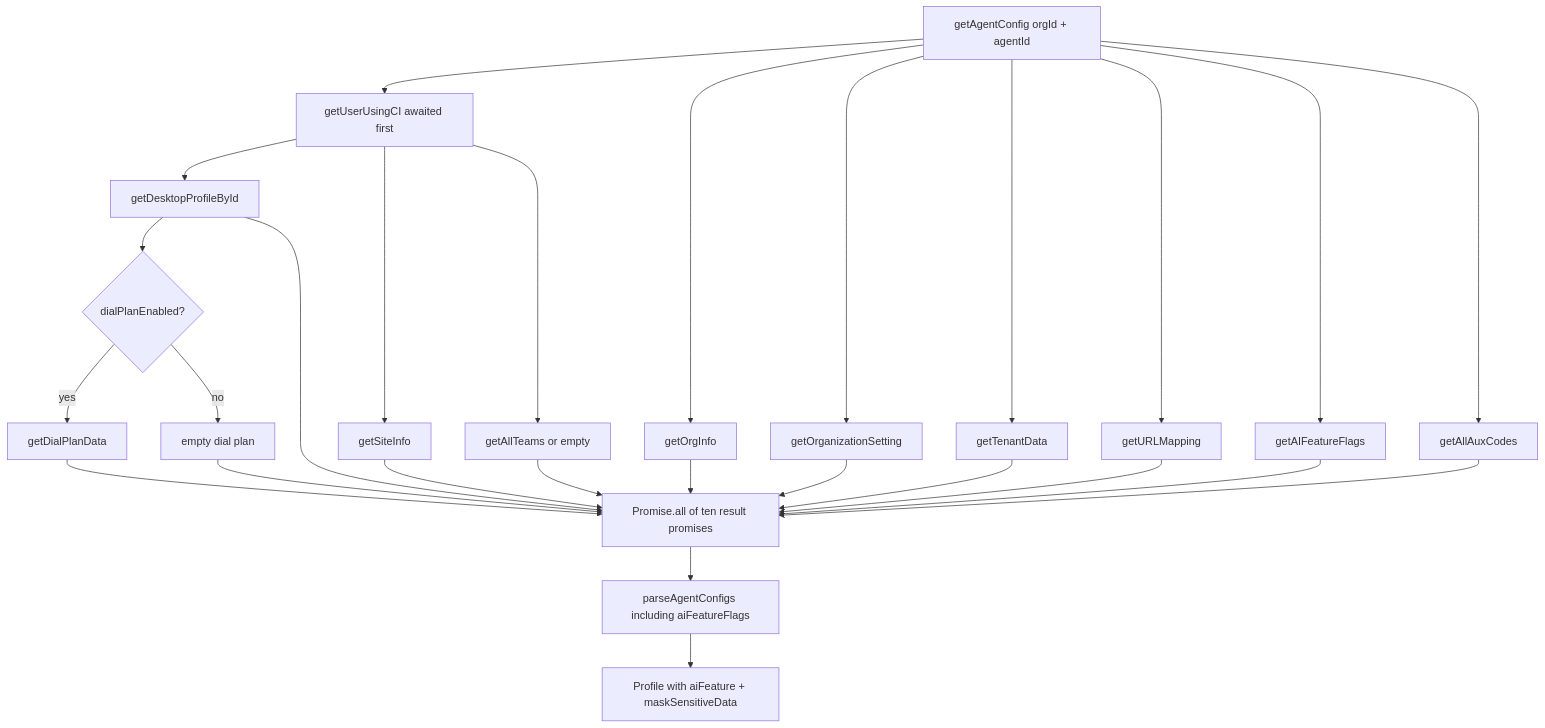
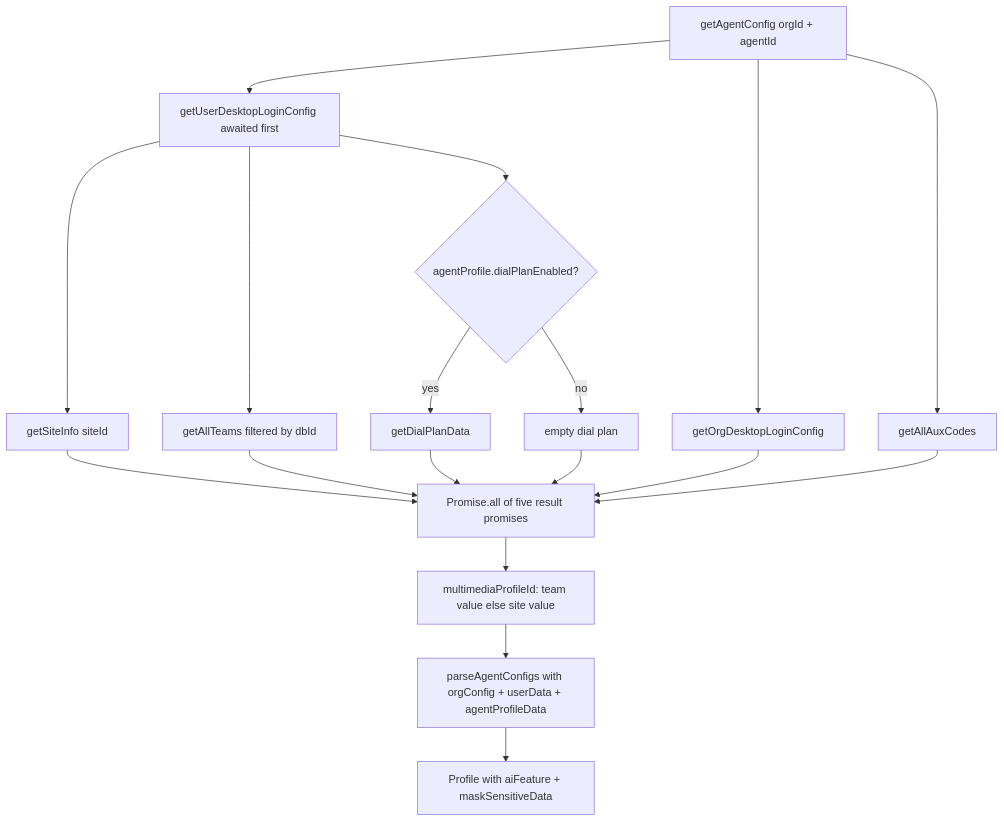
One commit to webex/webex-js-sdk changed the first of 4 diagrams in packages/@webex/contact-center/src/services/config/ai-docs/config-spec.md. Above: the diagram before and after it, drawn with Mermaid. The commit also changed other lines of this file and 12 other files, not shown here.

Commit message:
feat(contact-center): migrate agent config to desktop-login aggregate APIs

````diff
--- a/packages/@webex/contact-center/src/services/config/ai-docs/config-spec.md
+++ b/packages/@webex/contact-center/src/services/config/ai-docs/config-spec.md
@@ -333,29 +322,20 @@
 ```mermaid
 flowchart TD
-  Start[getAgentConfig orgId + agentId] --> User[getUserUsingCI awaited first]
-  Start --> Org[getOrgInfo]
-  Start --> OrgSettings[getOrganizationSetting]
-  Start --> Tenant[getTenantData]
-  Start --> URL[getURLMapping]
-  Start --> AI[getAIFeatureFlags]
+  Start[getAgentConfig orgId + agentId] --> User[getUserDesktopLoginConfig awaited first]
+  Start --> Org[getOrgDesktopLoginConfig]
   Start --> Aux[getAllAuxCodes]
-  User --> Profile[getDesktopProfileById]
-  User --> Site[getSiteInfo]
-  User --> Teams[getAllTeams or empty]
-  Profile --> Dial{dialPlanEnabled?}
+  User --> Site[getSiteInfo siteId]
+  User --> Teams[getAllTeams filtered by dbId]
+  User --> Dial{agentProfile.dialPlanEnabled?}
   Dial -->|yes| DialPlan[getDialPlanData]
   Dial -->|no| Empty[empty dial plan]
-  Profile --> All[Promise.all of ten result promises]
-  Site --> All
+  Site --> All[Promise.all of five result promises]
   Teams --> All
   DialPlan --> All
   Empty --> All
   Org --> All
-  OrgSettings --> All
-  Tenant --> All
-  URL --> All
-  AI --> All
   Aux --> All
-  All --> Parse[parseAgentConfigs including aiFeatureFlags]
+  All --> Mm[multimediaProfileId: team value else site value]
+  Mm --> Parse[parseAgentConfigs with orgConfig + userData + agentProfileData]
   Parse --> Result[Profile with aiFeature + maskSensitiveData]
 ```
````
